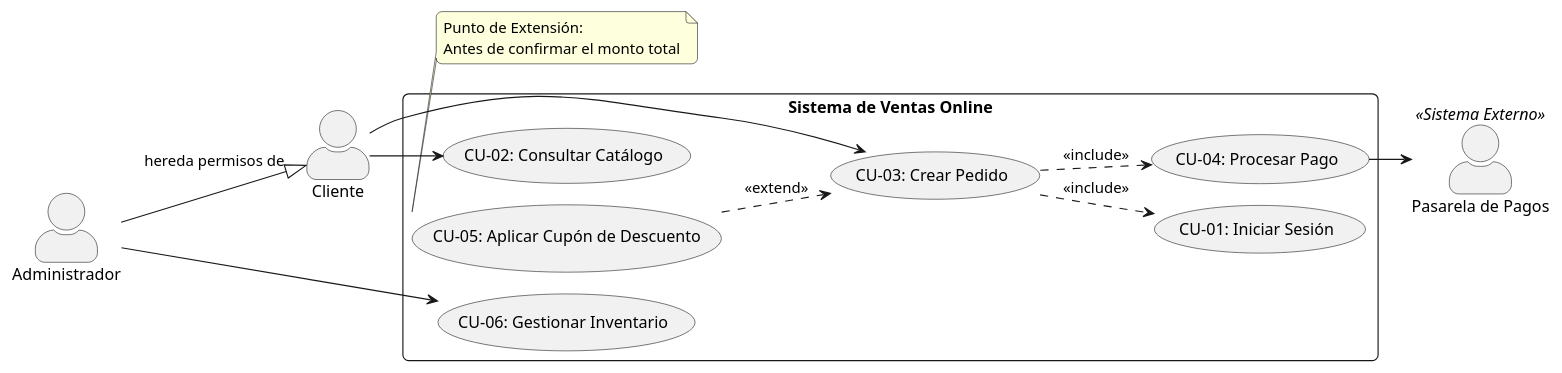
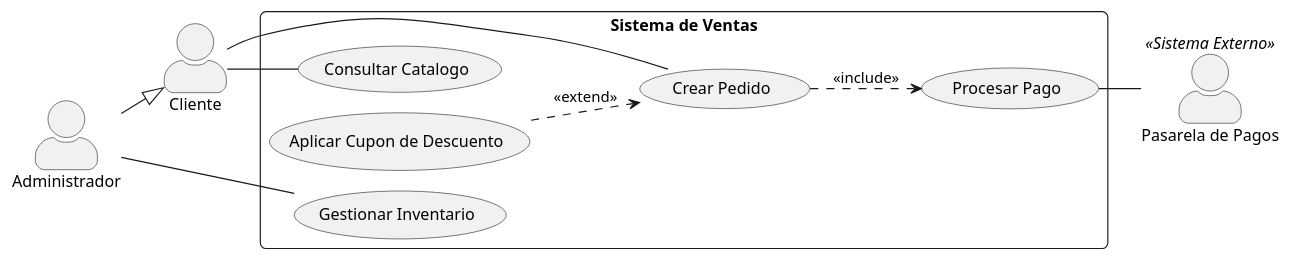
One commit to sandobaitt/dsi-2026 changed the diagram in casos-de-uso/ejemplos/cu_gestion_pedidos.puml. Above: the diagram before and after it, drawn with PlantUML. The commit also changed 31 other files, not shown here.

```diff
--- a/casos-de-uso/ejemplos/cu_gestion_pedidos.puml
+++ b/casos-de-uso/ejemplos/cu_gestion_pedidos.puml
@@ -1,52 +1,49 @@
 @startuml cu_gestion_pedidos
 !pragma layout smetana
 skinparam packageStyle rectangle
 skinparam shadowing false
 skinparam roundcorner 10
 skinparam actorStyle awesome
 
 ' ==============================================================================
 ' EJEMPLO: Diagrama de Casos de Uso - Módulo de Gestión de Pedidos
-' Materia: Diseño de Sistemas
+' Materia: Diseño de Sistemas (DSI 2026)
 ' ==============================================================================
 
 left to right direction
 
+' Actores que inician (lado izquierdo)
 actor "Cliente" as Cliente
 actor "Administrador" as Admin
+
+' Actor secundario / externo (lado derecho)
 actor "Pasarela de Pagos" as PasarelaPago <<Sistema Externo>>
 
-Admin --|> Cliente : "hereda permisos de"
+' Herencia entre actores
+Admin --|> Cliente
 
-rectangle "Sistema de Ventas Online" {
+rectangle "Sistema de Ventas" {
     
-    usecase "CU-01: Iniciar Sesión" as CU_Login
-    usecase "CU-02: Consultar Catálogo" as CU_Catalogo
-    usecase "CU-03: Crear Pedido" as CU_CrearPedido
-    usecase "CU-04: Procesar Pago" as CU_ProcesarPago
-    usecase "CU-05: Aplicar Cupón de Descuento" as CU_Cupon
-    usecase "CU-06: Gestionar Inventario" as CU_Inventario
+    usecase "Consultar Catalogo" as CU_Catalogo
+    usecase "Crear Pedido" as CU_CrearPedido
+    usecase "Procesar Pago" as CU_ProcesarPago
+    usecase "Aplicar Cupon de Descuento" as CU_Cupon
+    usecase "Gestionar Inventario" as CU_Inventario
 
-    ' Asociaciones básicas
-    Cliente --> CU_Catalogo
-    Cliente --> CU_CrearPedido
-    Admin --> CU_Inventario
-
-    ' Relaciones estereotipadas
-    ' Todo pedido requiere autenticación y procesamiento de pago
-    CU_CrearPedido ..> CU_Login : <<include>>
+    ' Relaciones entre Casos de Uso
+    ' include: obligatorio para completar Crear Pedido
     CU_CrearPedido ..> CU_ProcesarPago : <<include>>
 
-    ' Aplicar cupón es opcional dependiente de que el cliente ingrese un cupón
+    ' extend: opcional bajo condición de poseer cupón
     CU_Cupon ..> CU_CrearPedido : <<extend>>
-
-    ' Interacción con actor secundario
-    CU_ProcesarPago --> PasarelaPago
 }
 
-note bottom of CU_Cupon
-  Punto de Extensión:
-  Antes de confirmar el monto total
-end note
+' Asociaciones Actor - Caso de Uso (Línea sólida simple SIN flechas)
+Cliente -- CU_Catalogo
+Cliente -- CU_CrearPedido
+Admin -- CU_Inventario
+
+' Asociación con actor secundario (soporte externo, SIN flechas)
+CU_ProcesarPago -- PasarelaPago
 
 @enduml
```
